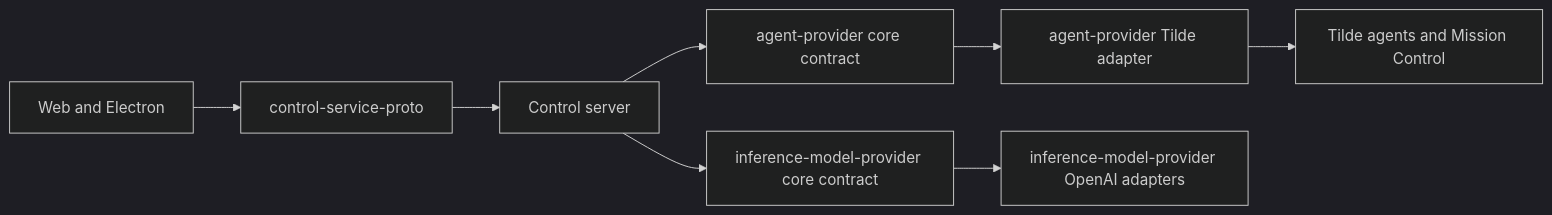
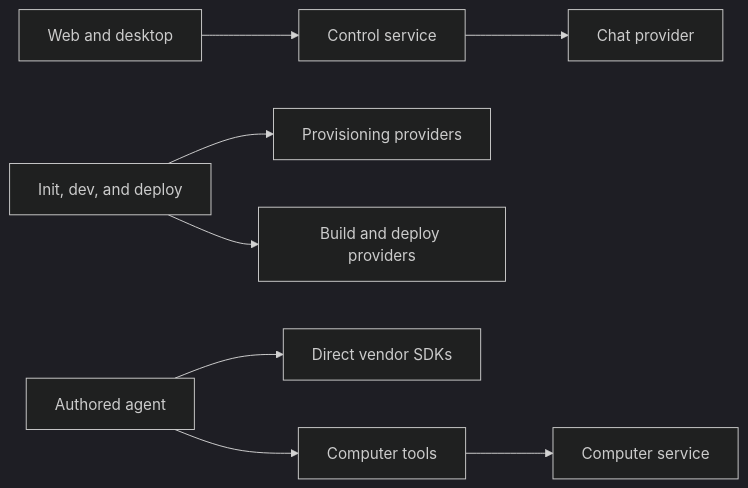
The diagram in docs/adrs/0004-domain-provider-packages.md (trytilde/dispatch), drawn with Mermaid (dark theme) before and after one commit. The commit also changed other lines of this file and 137 other files, not shown here.

````diff
--- a/docs/adrs/0004-domain-provider-packages.md
+++ b/docs/adrs/0004-domain-provider-packages.md
@@ -77,10 +35,10 @@
 ```mermaid
 flowchart LR
-  W["Web and Electron"] --> C["control-service-proto"]
-  C --> S["Control server"]
-  S --> A["agent-provider core contract"]
-  A --> T["agent-provider Tilde adapter"]
-  T --> M["Tilde agents and Mission Control"]
-  S --> I["inference-model-provider core contract"]
-  I --> O["inference-model-provider OpenAI adapters"]
+  UI["Web and desktop"] --> CS["Control service"]
+  CS --> CP["Chat provider"]
+  START["Init, dev, and deploy"] --> AP["Provisioning providers"]
+  START --> LP["Build and deploy providers"]
+  AG["Authored agent"] --> SDK["Direct vendor SDKs"]
+  AG --> CT["Computer tools"]
+  CT --> SVC["Computer service"]
 ```
````
